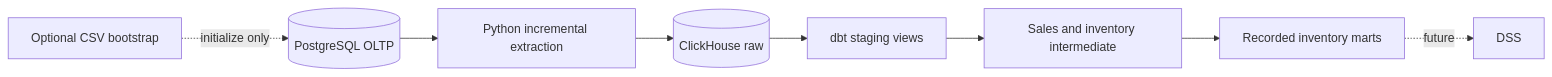
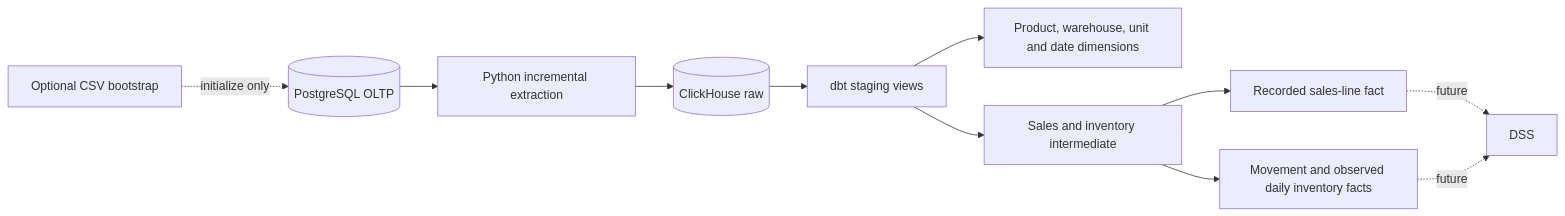
Before and after one commit to ducklemon596/inventory-dw-dss: the diagram in docs/architecture.md, drawn with Mermaid. The commit also changed other lines of this file and 21 other files, not shown here.

Commit message:
implement data marts, using star schema

````diff
--- a/docs/architecture.md
+++ b/docs/architecture.md
@@ -3,7 +3,12 @@
 ```mermaid
 flowchart LR
     CSV[Optional CSV bootstrap] -. initialize only .-> PG[(PostgreSQL OLTP)]
     PG --> EX[Python incremental extraction] --> RAW[(ClickHouse raw)]
-    RAW --> ST[dbt staging views] --> INT[Sales and inventory intermediate]
-    INT --> M[Recorded inventory marts] -. future .-> DSS[DSS]
+    RAW --> ST[dbt staging views]
+    ST --> D[Product, warehouse, unit and date dimensions]
+    ST --> INT[Sales and inventory intermediate]
+    INT --> SF[Recorded sales-line fact]
+    INT --> IF[Movement and observed daily inventory facts]
+    SF -. future .-> DSS[DSS]
+    IF -. future .-> DSS
 ```
````
